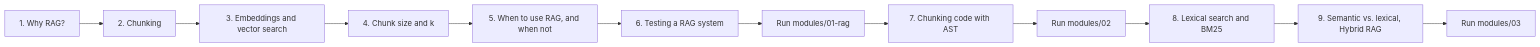
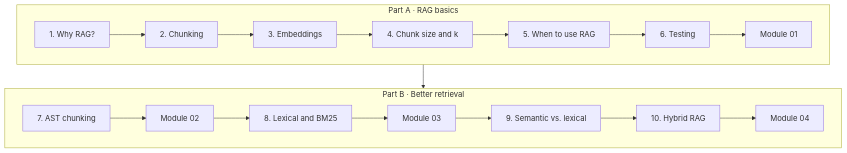
One commit to prudhivi99/Agentic-System-Design changed the diagram in docs/concepts/01-rag/README.md. Above: the diagram before and after it, drawn with Mermaid. The commit also changed other lines of this file and 13 other files, not shown here.

Commit message:
Split Hybrid RAG into its own page, add module 04 docs and diagrams

````diff
--- a/docs/concepts/01-rag/README.md
+++ b/docs/concepts/01-rag/README.md
@@ -7,14 +10,12 @@
 ```mermaid
-flowchart LR
-    A["1. Why RAG?"] --> B["2. Chunking"]
-    B --> C["3. Embeddings and vector search"]
-    C --> D["4. Chunk size and k"]
-    D --> E["5. When to use RAG, and when not"]
-    E --> F["6. Testing a RAG system"]
-    F --> G["Run modules/01-rag"]
-    G --> H["7. Chunking code with AST"]
-    H --> I["Run modules/02"]
-    I --> J["8. Lexical search and BM25"]
-    J --> K["9. Semantic vs. lexical, Hybrid RAG"]
-    K --> L["Run modules/03"]
+flowchart TB
+    subgraph A["Part A · RAG basics"]
+        direction LR
+        A1["1. Why RAG?"] --> A2["2. Chunking"] --> A3["3. Embeddings"] --> A4["4. Chunk size and k"] --> A5["5. When to use RAG"] --> A6["6. Testing"] --> M1["Module 01"]
+    end
+    subgraph B["Part B · Better retrieval"]
+        direction LR
+        B7["7. AST chunking"] --> M2["Module 02"] --> B8["8. Lexical and BM25"] --> M3["Module 03"] --> B9["9. Semantic vs. lexical"] --> B10["10. Hybrid RAG"] --> M4["Module 04"]
+    end
+    A --> B
 ```
````
